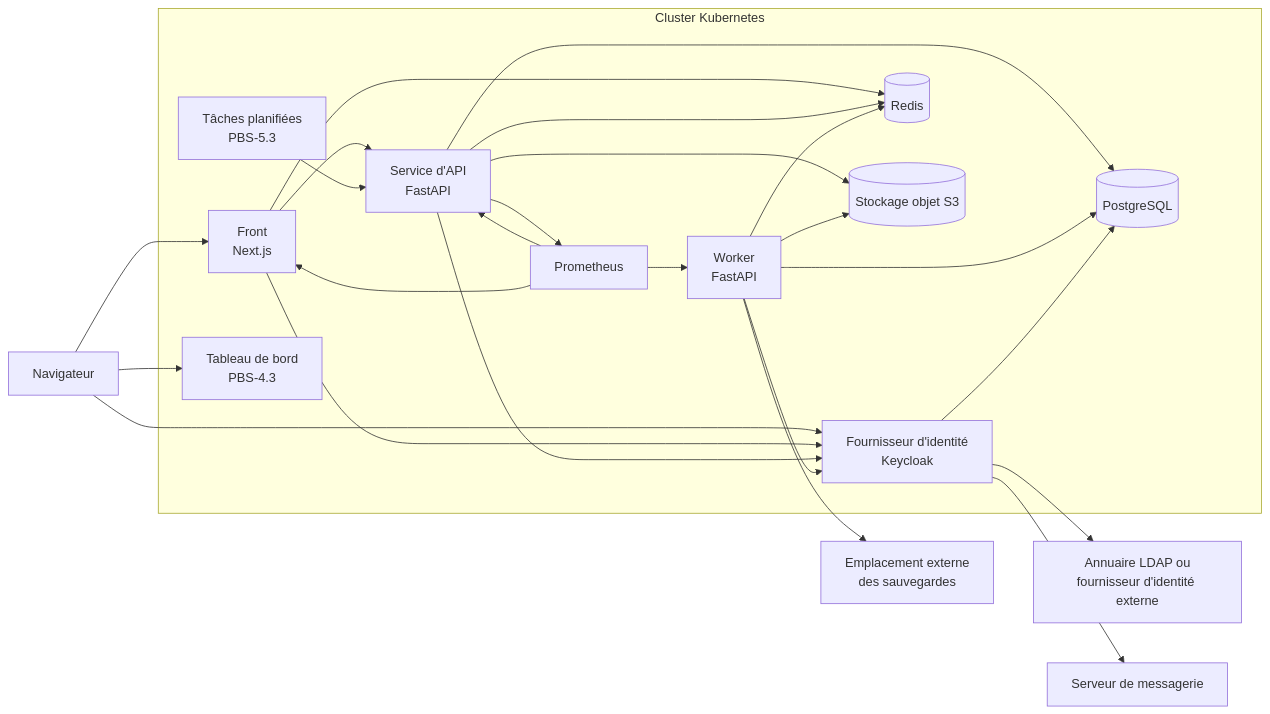
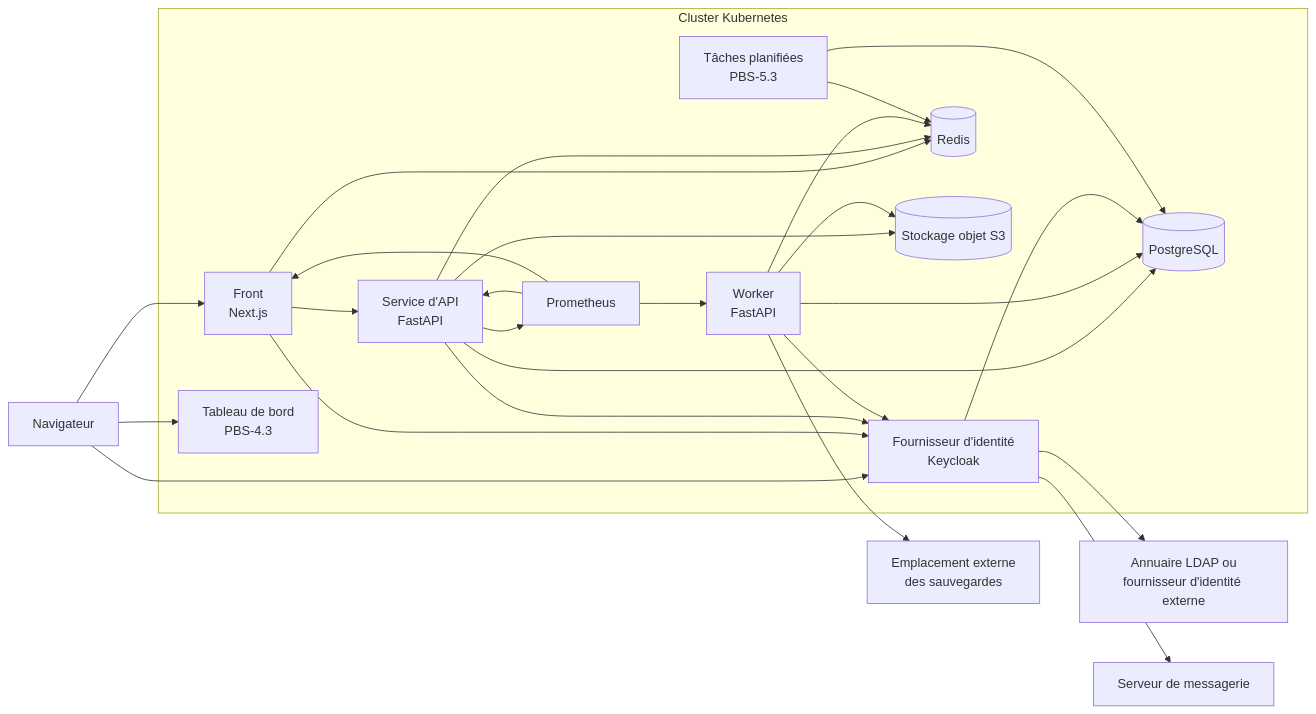
The diagram in docs/spec/figures/deploiement.mmd (waterfall-project/wf-project), drawn with Mermaid before and after one commit. The commit also changed 11 other files, not shown here.

```diff
--- a/docs/spec/figures/deploiement.mmd
+++ b/docs/spec/figures/deploiement.mmd
@@ -1,40 +1,41 @@
 flowchart LR
     Navigateur["Navigateur"]
     subgraph Cluster["Cluster Kubernetes"]
         Front["Front<br>Next.js"]
         API["Service d'API<br>FastAPI"]
         Worker["Worker<br>FastAPI"]
         IdP["Fournisseur d'identité<br>Keycloak"]
         PG[("PostgreSQL")]
         Redis[("Redis")]
         S3[("Stockage objet S3")]
         Prometheus["Prometheus"]
         Planif["Tâches planifiées<br>PBS-5.3"]
         Dashboard["Tableau de bord<br>PBS-4.3"]
     end
     Annuaire["Annuaire LDAP ou<br>fournisseur d'identité externe"]
     SMTP["Serveur de messagerie"]
     Externe["Emplacement externe<br>des sauvegardes"]
     Navigateur --> Front
     Navigateur --> IdP
     Front --> API
     Front --> IdP
     Front --> Redis
     API --> IdP
     API --> PG
     API --> Redis
     API --> S3
     Worker --> PG
     Worker --> Redis
     Worker --> IdP
     Worker --> S3
     IdP --> PG
     IdP --> Annuaire
     IdP --> SMTP
-    Planif --> API
+    Planif --> PG
+    Planif --> Redis
     API --> Prometheus
     Navigateur --> Dashboard
     Worker --> Externe
     Prometheus --> API
     Prometheus --> Worker
     Prometheus --> Front
```
